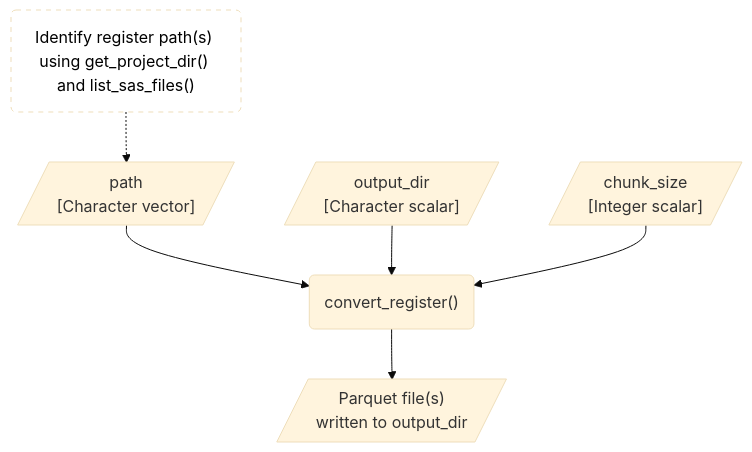
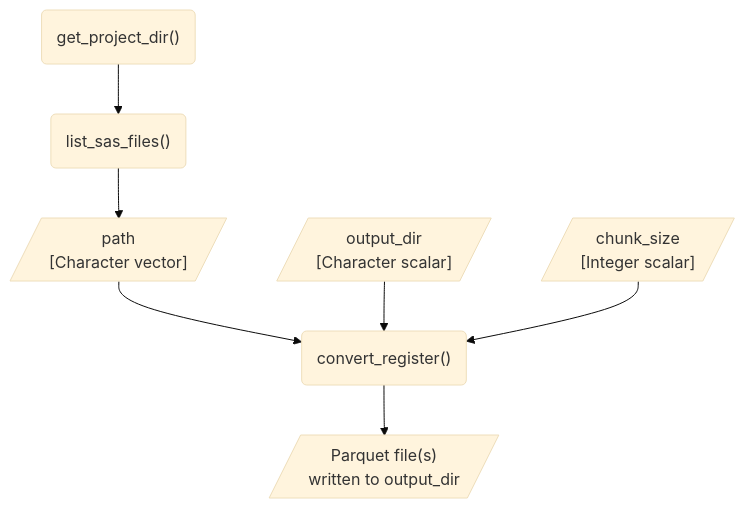
Before and after one commit to dp-next/registers2parquet: the first of 3 diagrams in vignettes/design.qmd, drawn with Mermaid (base theme). The commit also changed other lines of this file, not shown here.

Commit message:
docs: :building_construction: update design docs with info about list and read

````diff
--- a/vignettes/design.qmd
+++ b/vignettes/design.qmd
@@ -61,20 +59,18 @@
 ```{mermaid}
 %%| label: fig-flow
 %%| fig-cap: "Expected workflow for converting SAS files from a single register using `convert_register()`."
 %%| fig-alt: "A flowchart showing the expected flow of converting register SAS files to Parquet files."
 flowchart TD
-    identify_paths("Identify register path(s) using get_project_dir() and list_sas_files()")
+    get_project_dir("get_project_dir()")
+    list_sas_files("list_sas_files()")
     path[/"path<br>[Character vector]"/]
     output_dir[/"output_dir<br>[Character scalar]"/]
     chunk_size[/"chunk_size<br>[Integer scalar]"/]
     convert_register("convert_register()")
     output[/"Parquet file(s)<br>written to output_dir"/]
 
     %% Edges
-    identify_paths -.-> path --> convert_register
+    get_project_dir --> list_sas_files --> path --> convert_register
     output_dir & chunk_size --> convert_register
     convert_register --> output
-
-    %% Style
-    style identify_paths fill:#FFFFFF, color:#000000, stroke-dasharray: 5 5
 ```
````
